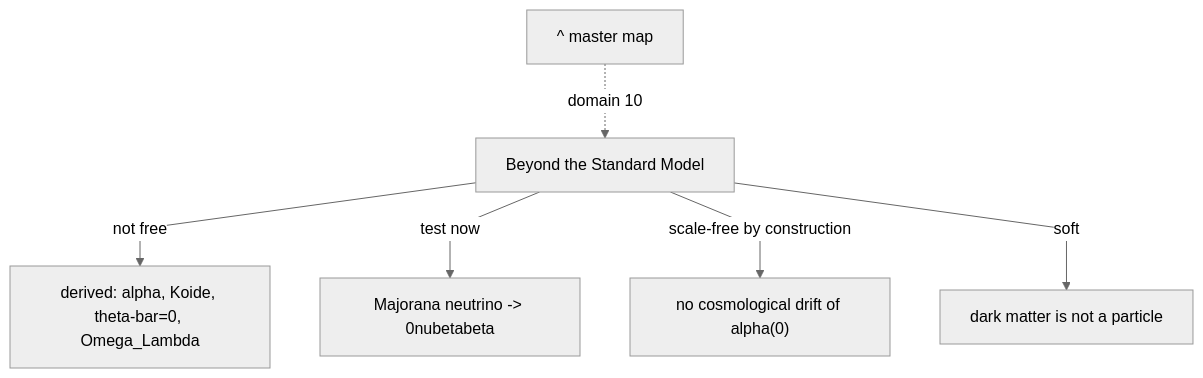
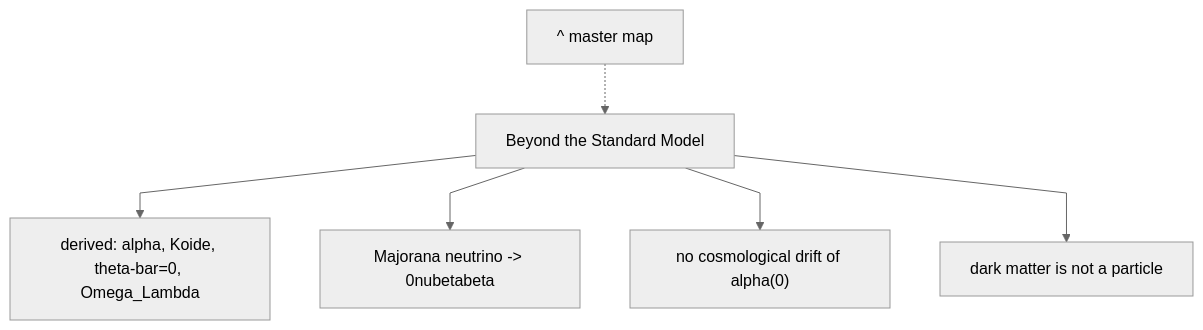
Diagram 11 of 11 in FlowChart.md (jimscarver/quantum-logical-framework), drawn with Mermaid before and after one commit. The commit also changed other lines of this file, not shown here.

First line of the commit message:
FlowChart.md: remove edge labels, move connectors to text legends (definitive GitHub render fix)

````diff
--- a/FlowChart.md
+++ b/FlowChart.md
@@ -222,9 +242,9 @@
 ```mermaid
 %%{init: {"theme":"neutral", "flowchart": {"curve": "linear"}}}%%
 flowchart TD
-  H10["^ master map"] -.->|"domain 10"| B["Beyond the Standard Model"]
-  B -->|"not free"| D1["derived: alpha, Koide, theta-bar=0, Omega_Lambda"]
-  B -->|" test now"| P1["Majorana neutrino -> 0nubetabeta"]
-  B -->|" scale-free by construction"| P2["no cosmological drift of alpha(0)"]
-  B -->|"soft"| P3["dark matter is not a particle"]
+  H10["^ master map"] -.-> B["Beyond the Standard Model"]
+  B --> D1["derived: alpha, Koide, theta-bar=0, Omega_Lambda"]
+  B --> P1["Majorana neutrino -> 0nubetabeta"]
+  B --> P2["no cosmological drift of alpha(0)"]
+  B --> P3["dark matter is not a particle"]
 ```
````
